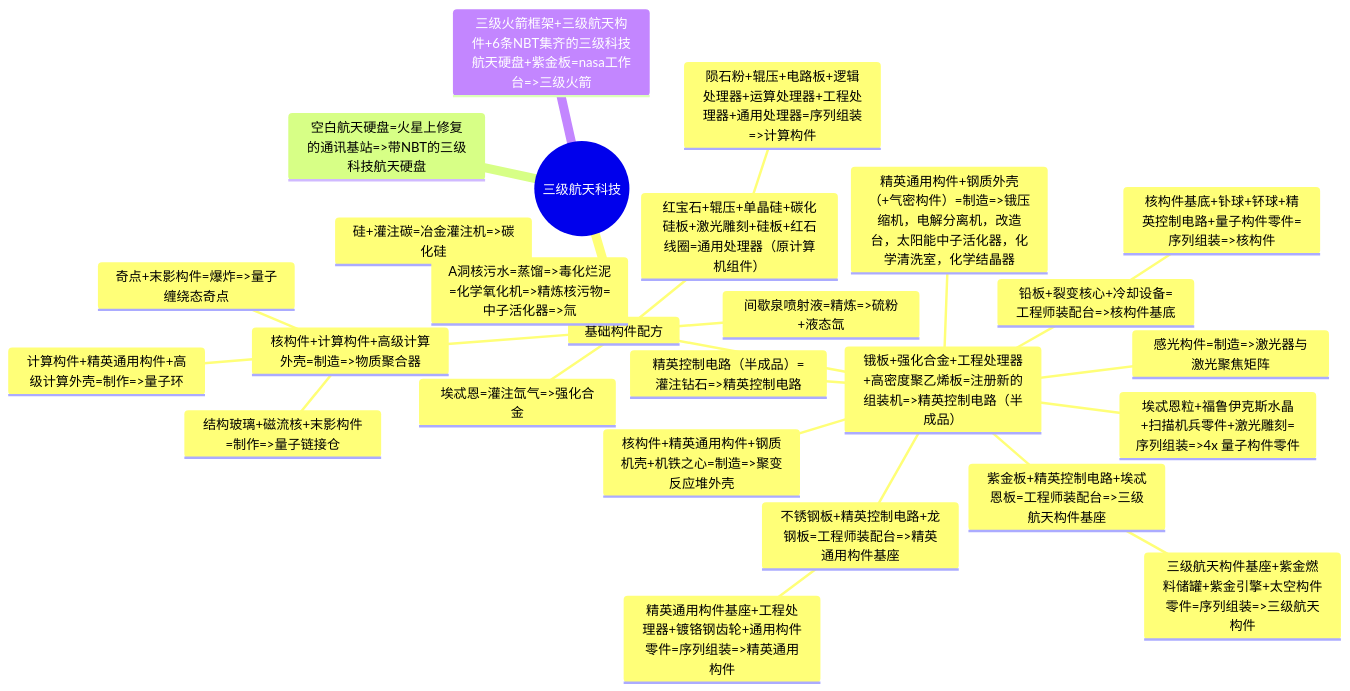
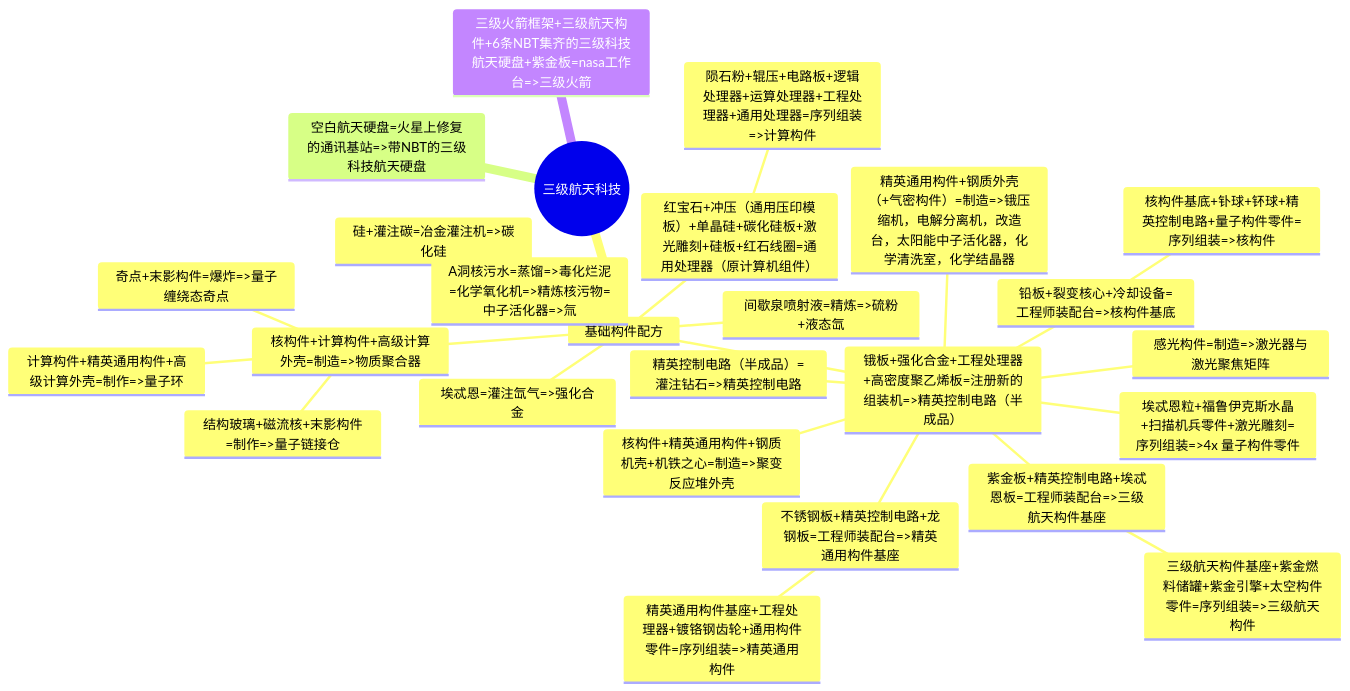
The third of 4 diagrams in Developer/TechTreeMap.md (VechniMetel/CodeNameCIM2), drawn with Mermaid before and after one commit. The commit also changed 11 other files, not shown here.

````diff
--- a/Developer/TechTreeMap.md
+++ b/Developer/TechTreeMap.md
@@ -80,29 +80,29 @@
 ``` mermaid
 mindmap
     root((三级航天科技))
         基础构件配方
             间歇泉喷射液=精炼=>硫粉+液态氙
             埃忒恩=灌注氙气=>强化合金
             硅+灌注碳=冶金灌注机=>碳化硅
-            红宝石+辊压+单晶硅+碳化硅板+激光雕刻+硅板+红石线圈=通用处理器（原计算机组件）
+            红宝石+冲压（通用压印模板）+单晶硅+碳化硅板+激光雕刻+硅板+红石线圈=通用处理器（原计算机组件）
                 陨石粉+辊压+电路板+逻辑处理器+运算处理器+工程处理器+通用处理器=序列组装=>计算构件
             锇板+强化合金+工程处理器+高密度聚乙烯板=注册新的组装机=>精英控制电路（半成品）
                 精英控制电路（半成品）=灌注钻石=>精英控制电路
                 紫金板+精英控制电路+埃忒恩板=工程师装配台=>三级航天构件基座
                     三级航天构件基座+紫金燃料储罐+紫金引擎+太空构件零件=序列组装=>三级航天构件
                 不锈钢板+精英控制电路+龙钢板=工程师装配台=>精英通用构件基座
                     精英通用构件基座+工程处理器+镀铬钢齿轮+通用构件零件=序列组装=>精英通用构件
                 埃忒恩粒+福鲁伊克斯水晶+扫描机兵零件+激光雕刻=序列组装=>4x 量子构件零件
                 铅板+裂变核心+冷却设备=工程师装配台=>核构件基底
                     核构件基底+钋球+钚球+精英控制电路+量子构件零件=序列组装=>核构件
                 核构件+精英通用构件+钢质机壳+机铁之心=制造=>聚变反应堆外壳
                 感光构件=制造=>激光器与激光聚焦矩阵
                 精英通用构件+钢质外壳（+气密构件）=制造=>锇压缩机，电解分离机，改造台，太阳能中子活化器，化学清洗室，化学结晶器
             核构件+计算构件+高级计算外壳=制造=>物质聚合器
                 奇点+末影构件=爆炸=>量子缠绕态奇点
                 计算构件+精英通用构件+高级计算外壳=制作=>量子环
                 结构玻璃+磁流核+末影构件=制作=>量子链接仓
             A洞核污水=蒸馏=>毒化烂泥=化学氧化机=>精炼核污物=中子活化器=>氚
         空白航天硬盘=火星上修复的通讯基站=>带NBT的三级科技航天硬盘
         三级火箭框架+三级航天构件+6条NBT集齐的三级科技航天硬盘+紫金板=nasa工作台=>三级火箭
 ```
````
